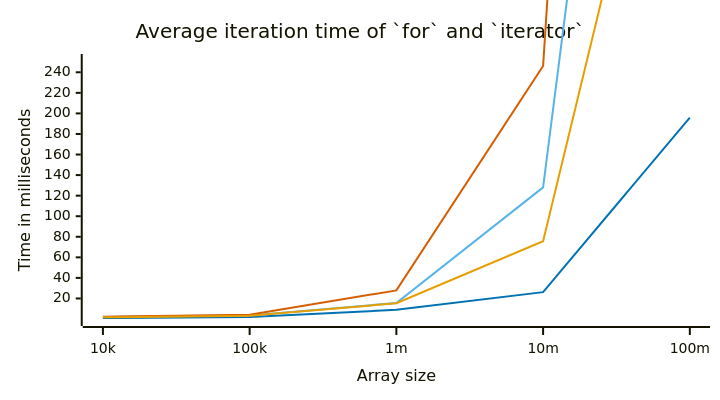
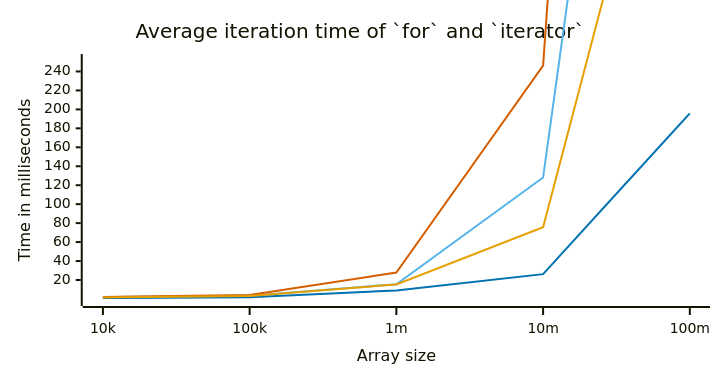
The second of 3 diagrams in README.md (DANser-freelancer/code_bits), drawn with Mermaid before and after one commit. The commit also changed other lines of this file, not shown here.

````diff
--- a/README.md
+++ b/README.md
@@ -30,24 +30,24 @@
 ```mermaid
 ---
 config:
   xyChart:
-    height: 380
+    height: 360
     xAxis:
       tickLength: 7
     yAxis:
       tickLenght: 7
   themeVariables:
     xyChart:
       plotColorPalette: "#0072B2,#56B4E9,#D55E00,#E69F00"
 ---
 xychart-beta
 title "Average iteration time of `for` and `iterator`"
 %% if you see this text, try https://mermaid.live/
 x-axis "Array size" ["10k", "100k", "1m", "10m", "100m"]
 y-axis "Time in milliseconds" 1 --> 250
 
 line "for" [0.88, 1.9, 8.99, 26.17, 195.85]
 line "forOfNative" [1.99, 3.48, 15.54, 128.07, 1246.56]
 line "forOfGeneric" [2.13, 4.17, 27.88, 246.16, 2458.06]
 line "forOfOptimized" [1.63, 3.11, 15.34, 75.61, 664.39]
 ```
````
